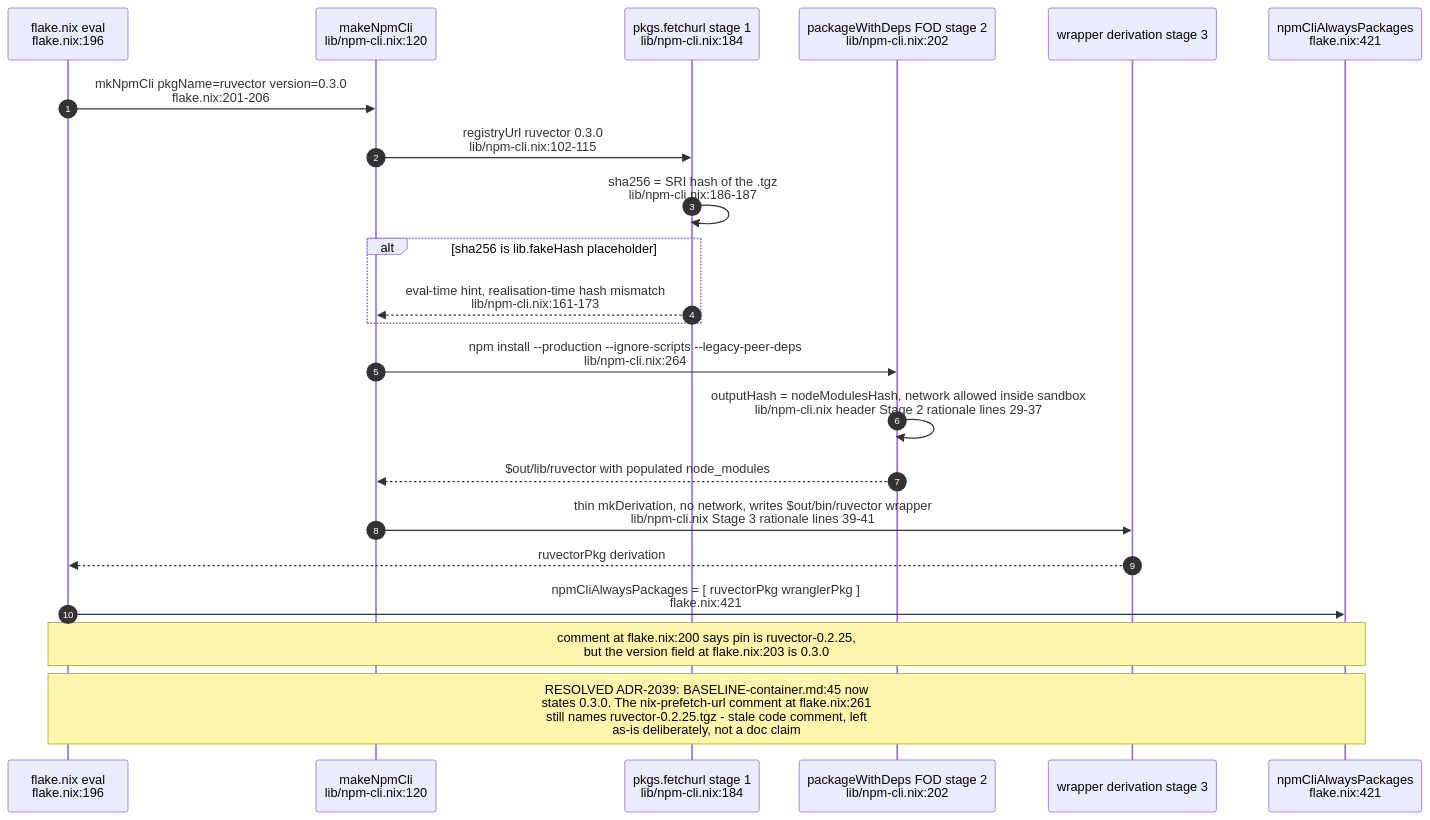
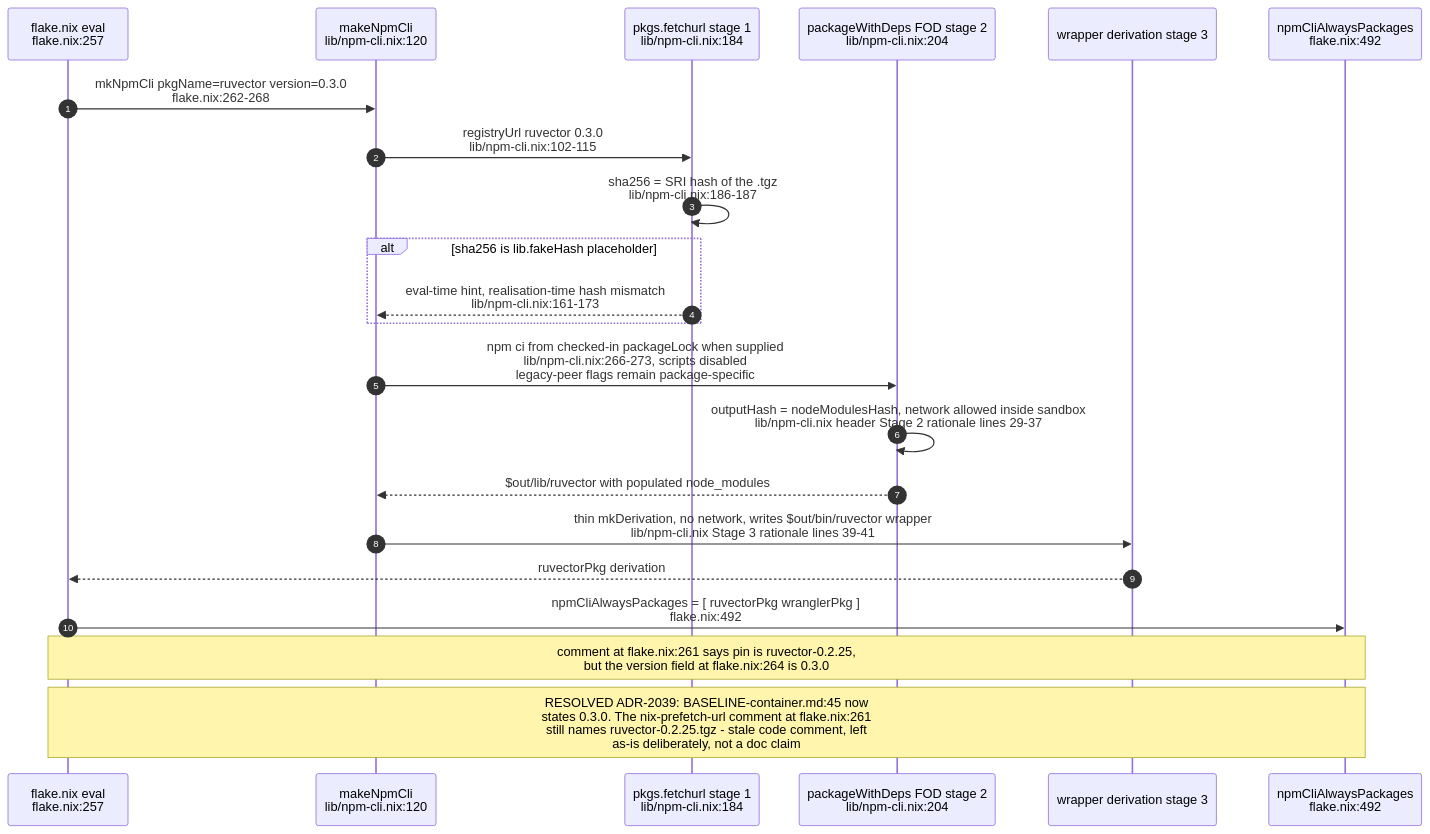
Before and after one commit to DreamLab-AI/VisionFlow: the fifth of 11 diagrams in docs/diagrams/agentbox/01-nix-flake-composition.md, drawn with Mermaid. The commit also changed other lines of this file and 51 other files, not shown here.

First line of the commit message:
docs(diagrams): agentbox AB-01..13 re-attested anchor by anchor (980 anchors, 22 defects); checkpoint against an out-of-mesh writer

````diff
--- a/docs/diagrams/agentbox/01-nix-flake-composition.md
+++ b/docs/diagrams/agentbox/01-nix-flake-composition.md
@@ -207,25 +207,25 @@
 ```mermaid
 sequenceDiagram
     autonumber
-    participant FLAKE as flake.nix eval<br/>flake.nix:196
+    participant FLAKE as flake.nix eval<br/>flake.nix:257
     participant MK as makeNpmCli<br/>lib/npm-cli.nix:120
     participant FETCH as pkgs.fetchurl stage 1<br/>lib/npm-cli.nix:184
-    participant FOD as packageWithDeps FOD stage 2<br/>lib/npm-cli.nix:202
+    participant FOD as packageWithDeps FOD stage 2<br/>lib/npm-cli.nix:204
     participant WRAP as wrapper derivation stage 3
-    participant ALWAYS as npmCliAlwaysPackages<br/>flake.nix:421
+    participant ALWAYS as npmCliAlwaysPackages<br/>flake.nix:492
 
-    FLAKE->>MK: mkNpmCli pkgName=ruvector version=0.3.0<br/>flake.nix:201-206
+    FLAKE->>MK: mkNpmCli pkgName=ruvector version=0.3.0<br/>flake.nix:262-268
     MK->>FETCH: registryUrl ruvector 0.3.0<br/>lib/npm-cli.nix:102-115
     FETCH->>FETCH: sha256 = SRI hash of the .tgz<br/>lib/npm-cli.nix:186-187
     alt sha256 is lib.fakeHash placeholder
         FETCH-->>MK: eval-time hint, realisation-time hash mismatch<br/>lib/npm-cli.nix:161-173
     end
-    MK->>FOD: npm install --production --ignore-scripts --legacy-peer-deps<br/>lib/npm-cli.nix:264
+    MK->>FOD: npm ci from checked-in packageLock when supplied<br/>lib/npm-cli.nix:266-273, scripts disabled<br/>legacy-peer flags remain package-specific
     FOD->>FOD: outputHash = nodeModulesHash, network allowed inside sandbox<br/>lib/npm-cli.nix header Stage 2 rationale lines 29-37
     FOD-->>MK: $out/lib/ruvector with populated node_modules
     MK->>WRAP: thin mkDerivation, no network, writes $out/bin/ruvector wrapper<br/>lib/npm-cli.nix Stage 3 rationale lines 39-41
     WRAP-->>FLAKE: ruvectorPkg derivation
-    FLAKE->>ALWAYS: npmCliAlwaysPackages = [ ruvectorPkg wranglerPkg ]<br/>flake.nix:421
-    Note over FLAKE,ALWAYS: comment at flake.nix:200 says pin is ruvector-0.2.25,<br/>but the version field at flake.nix:203 is 0.3.0
+    FLAKE->>ALWAYS: npmCliAlwaysPackages = [ ruvectorPkg wranglerPkg ]<br/>flake.nix:492
+    Note over FLAKE,ALWAYS: comment at flake.nix:261 says pin is ruvector-0.2.25,<br/>but the version field at flake.nix:264 is 0.3.0
     Note over FLAKE,ALWAYS: RESOLVED ADR-2039: BASELINE-container.md:45 now<br/>states 0.3.0. The nix-prefetch-url comment at flake.nix:261<br/>still names ruvector-0.2.25.tgz - stale code comment, left<br/>as-is deliberately, not a doc claim
 ```
````
